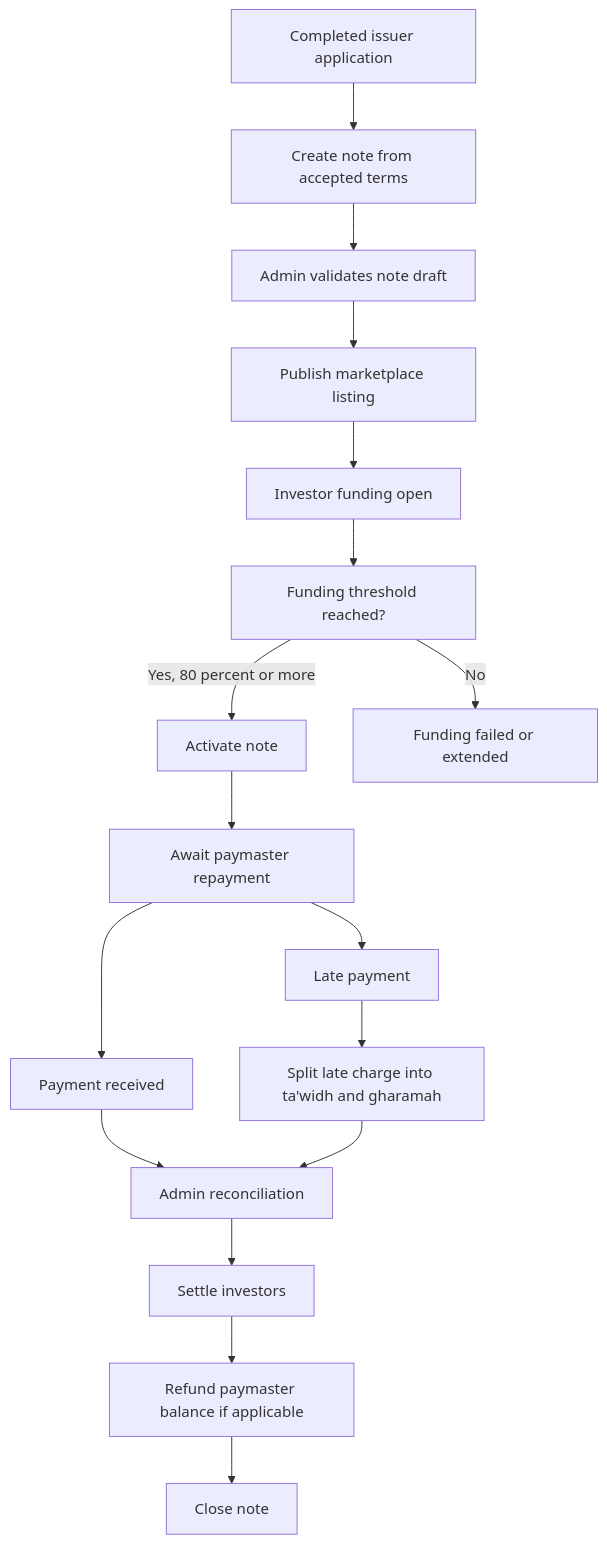
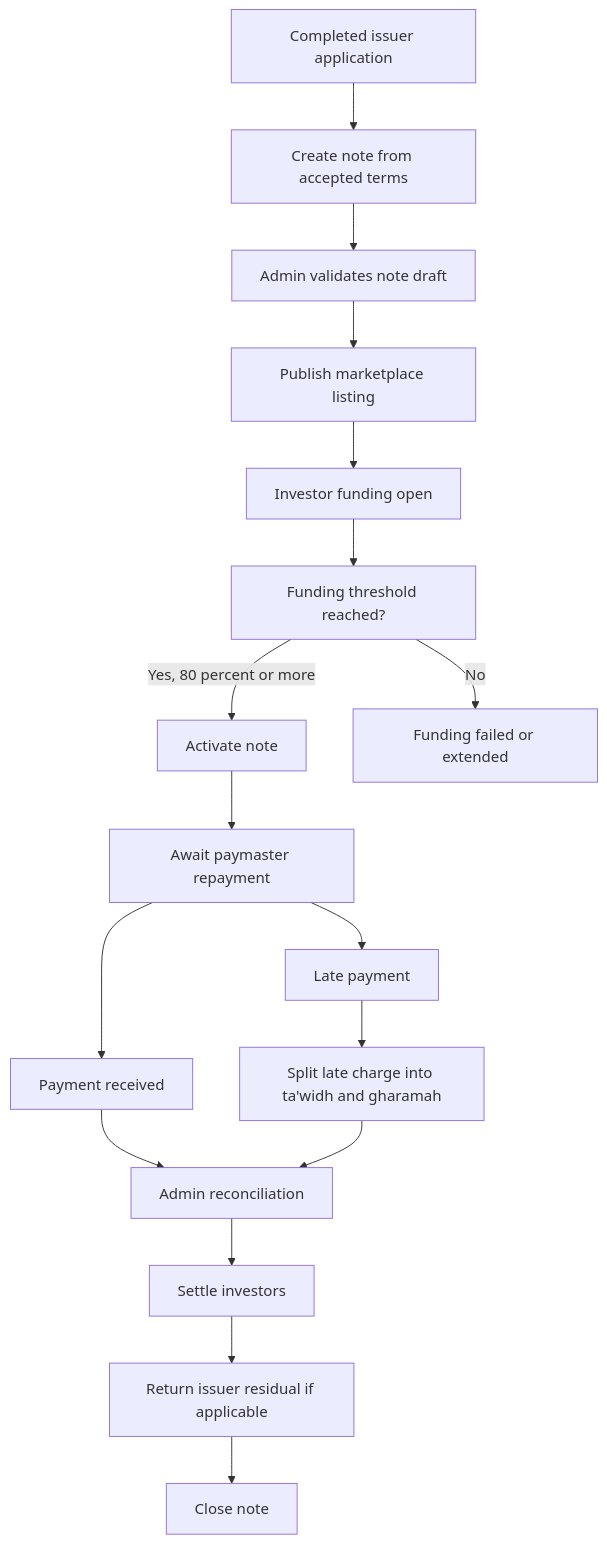
Before and after one commit to Malcan-Technologies/shoraka: the first of 2 diagrams in docs/guides/note-lifecycle-management-plan.md, drawn with Mermaid. The commit also changed other lines of this file and 10 other files, not shown here.

````diff
--- a/docs/guides/note-lifecycle-management-plan.md
+++ b/docs/guides/note-lifecycle-management-plan.md
@@ -203,19 +220,19 @@
 ```mermaid
 flowchart TD
   completedApplication["Completed issuer application"] --> createNote["Create note from accepted terms"]
   createNote --> adminDraft["Admin validates note draft"]
   adminDraft --> publishListing["Publish marketplace listing"]
   publishListing --> fundingOpen["Investor funding open"]
   fundingOpen --> fundingDecision["Funding threshold reached?"]
   fundingDecision -->|"Yes, 80 percent or more"| activeNote["Activate note"]
   fundingDecision -->|"No"| fundingFailed["Funding failed or extended"]
   activeNote --> repaymentDue["Await paymaster repayment"]
   repaymentDue --> paymentReceived["Payment received"]
   paymentReceived --> reconcile["Admin reconciliation"]
   reconcile --> settleInvestors["Settle investors"]
-  settleInvestors --> refundPaymaster["Refund paymaster balance if applicable"]
-  refundPaymaster --> closeNote["Close note"]
+  settleInvestors --> issuerResidual["Return issuer residual if applicable"]
+  issuerResidual --> closeNote["Close note"]
   repaymentDue --> latePayment["Late payment"]
   latePayment --> lateSplit["Split late charge into ta'widh and gharamah"]
   lateSplit --> reconcile
 ```
````
